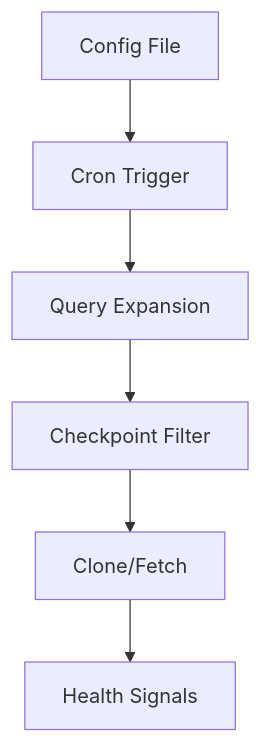
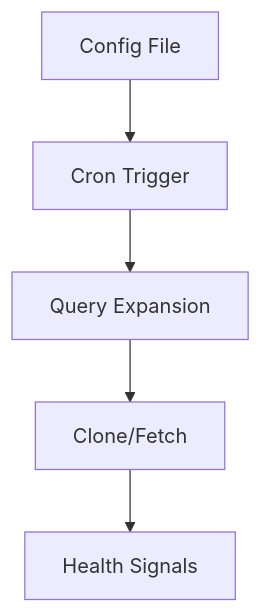
One commit to fa0311/github-archiver changed the third of 3 diagrams in ARCHITECTURE.md. Above: the diagram before and after it, drawn with Mermaid. The commit also changed other lines of this file and 7 other files, not shown here.

````diff
--- a/ARCHITECTURE.md
+++ b/ARCHITECTURE.md
@@ -77,8 +69,7 @@
 ```mermaid
 graph TB
     Config[Config File] --> Cron[Cron Trigger]
     Cron --> Expand[Query Expansion]
-    Expand --> Checkpoint[Checkpoint Filter]
-    Checkpoint --> Archive[Clone/Fetch]
+    Expand --> Archive[Clone/Fetch]
     Archive --> Health[Health Signals]
 ```
````
